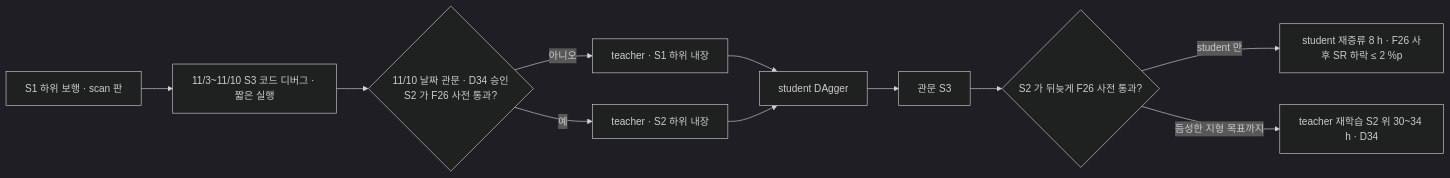
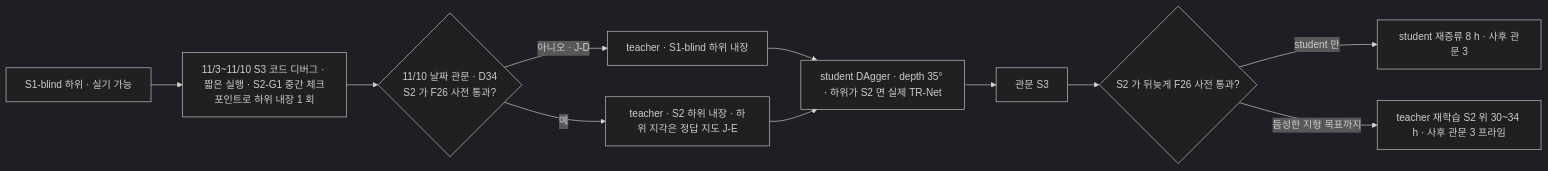
One commit to foothold-project/foothold-lab changed the second of 2 diagrams in inbox/jay/20261019-design/21-HIPAN-HIGH.md. Above: the diagram before and after it, drawn with Mermaid (dark theme). The commit also changed other lines of this file and 23 other files, not shown here.

````diff
--- a/inbox/jay/20261019-design/21-HIPAN-HIGH.md
+++ b/inbox/jay/20261019-design/21-HIPAN-HIGH.md
@@ -78,13 +79,13 @@
 ```mermaid
 flowchart LR
-  S1[S1 하위 보행 · scan 판] --> DBG[11/3~11/10 S3 코드 디버그 · 짧은 실행]
-  DBG --> SEL{11/10 날짜 관문 · D34 승인<br/>S2 가 F26 사전 통과?}
-  SEL -->|예| T2[teacher · S2 하위 내장]
-  SEL -->|아니오| T1[teacher · S1 하위 내장]
-  T1 --> ST[student DAgger]
+  S1[S1-blind 하위 · 실기 가능] --> DBG[11/3~11/10 S3 코드 디버그 · 짧은 실행 · S2-G1 중간 체크포인트로 하위 내장 1 회]
+  DBG --> SEL{11/10 날짜 관문 · D34<br/>S2 가 F26 사전 통과?}
+  SEL -->|예| T2[teacher · S2 하위 내장 · 하위 지각은 정답 지도 J-E]
+  SEL -->|아니오 · J-D| T1[teacher · S1-blind 하위 내장]
+  T1 --> ST[student DAgger · depth 35° · 하위가 S2 면 실제 TR-Net]
   T2 --> ST
   ST --> EVAL[관문 S3]
   EVAL --> SW{S2 가 뒤늦게 F26 사전 통과?}
-  SW -->|student 만| RD[student 재증류 8 h · F26 사후 SR 하락 ≤ 2 %p]
-  SW -->|듬성한 지형 목표까지| RT[teacher 재학습 S2 위 30~34 h · D34]
+  SW -->|student 만| RD[student 재증류 8 h · 사후 관문 3]
+  SW -->|듬성한 지형 목표까지| RT[teacher 재학습 S2 위 30~34 h · 사후 관문 3 프라임]
 ```
````
